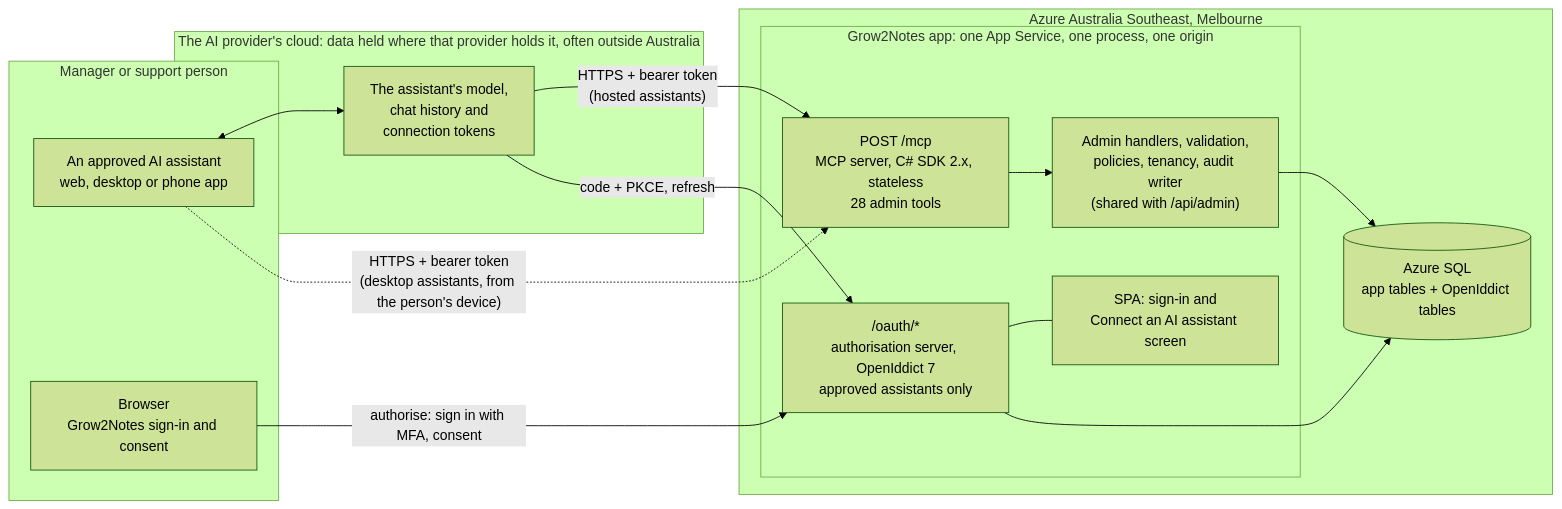
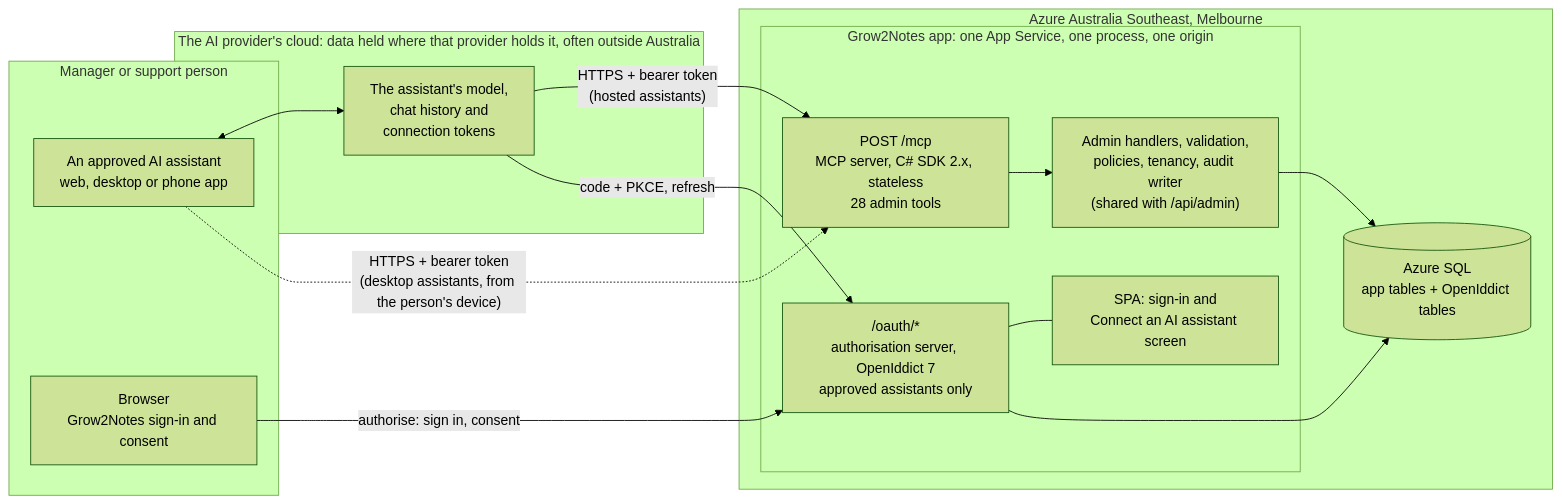
Before and after one commit to Lethabarb/grow2notes: the first of 2 diagrams in design/mcp-server.md, drawn with Mermaid (forest theme). The commit also changed other lines of this file and 81 other files, not shown here.

````diff
--- a/design/mcp-server.md
+++ b/design/mcp-server.md
@@ -126,31 +126,31 @@
 ```mermaid
 flowchart LR
     subgraph PERSON["Manager or support person"]
         AIAPP["An approved AI assistant<br/>web, desktop or phone app"]
         BROWSER["Browser<br/>Grow2Notes sign-in and consent"]
     end
 
     subgraph AIP["The AI provider's cloud: data held where that provider holds it, often outside Australia"]
         MODEL["The assistant's model,<br/>chat history and<br/>connection tokens"]
     end
 
     subgraph AUSE["Azure Australia Southeast, Melbourne"]
         subgraph APP["Grow2Notes app: one App Service, one process, one origin"]
             MCP["POST /mcp<br/>MCP server, C# SDK 2.x, stateless<br/>28 admin tools"]
             AS["/oauth/*<br/>authorisation server, OpenIddict 7<br/>approved assistants only"]
             SPA["SPA: sign-in and<br/>Connect an AI assistant screen"]
             CORE["Admin handlers, validation,<br/>policies, tenancy, audit writer<br/>(shared with /api/admin)"]
         end
         SQL[("Azure SQL<br/>app tables + OpenIddict tables")]
     end
 
     AIAPP <--> MODEL
     MODEL -->|"HTTPS + bearer token<br/>(hosted assistants)"| MCP
     AIAPP -.->|"HTTPS + bearer token<br/>(desktop assistants, from the person's device)"| MCP
     MODEL -->|"code + PKCE, refresh"| AS
-    BROWSER -->|"authorise: sign in with MFA, consent"| AS
+    BROWSER -->|"authorise: sign in, consent"| AS
     AS --- SPA
     MCP --> CORE
     CORE --> SQL
     AS --> SQL
 ```
````
